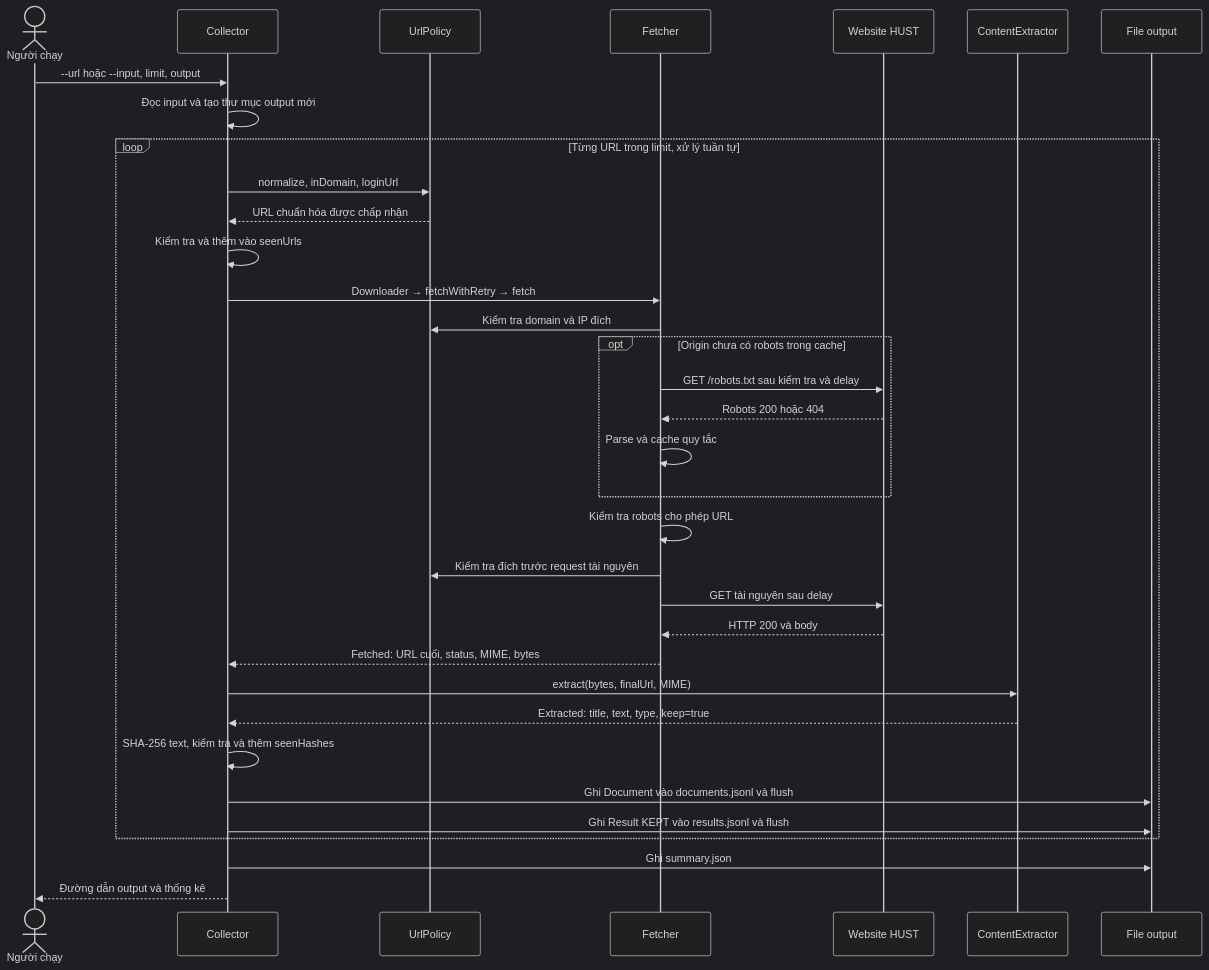
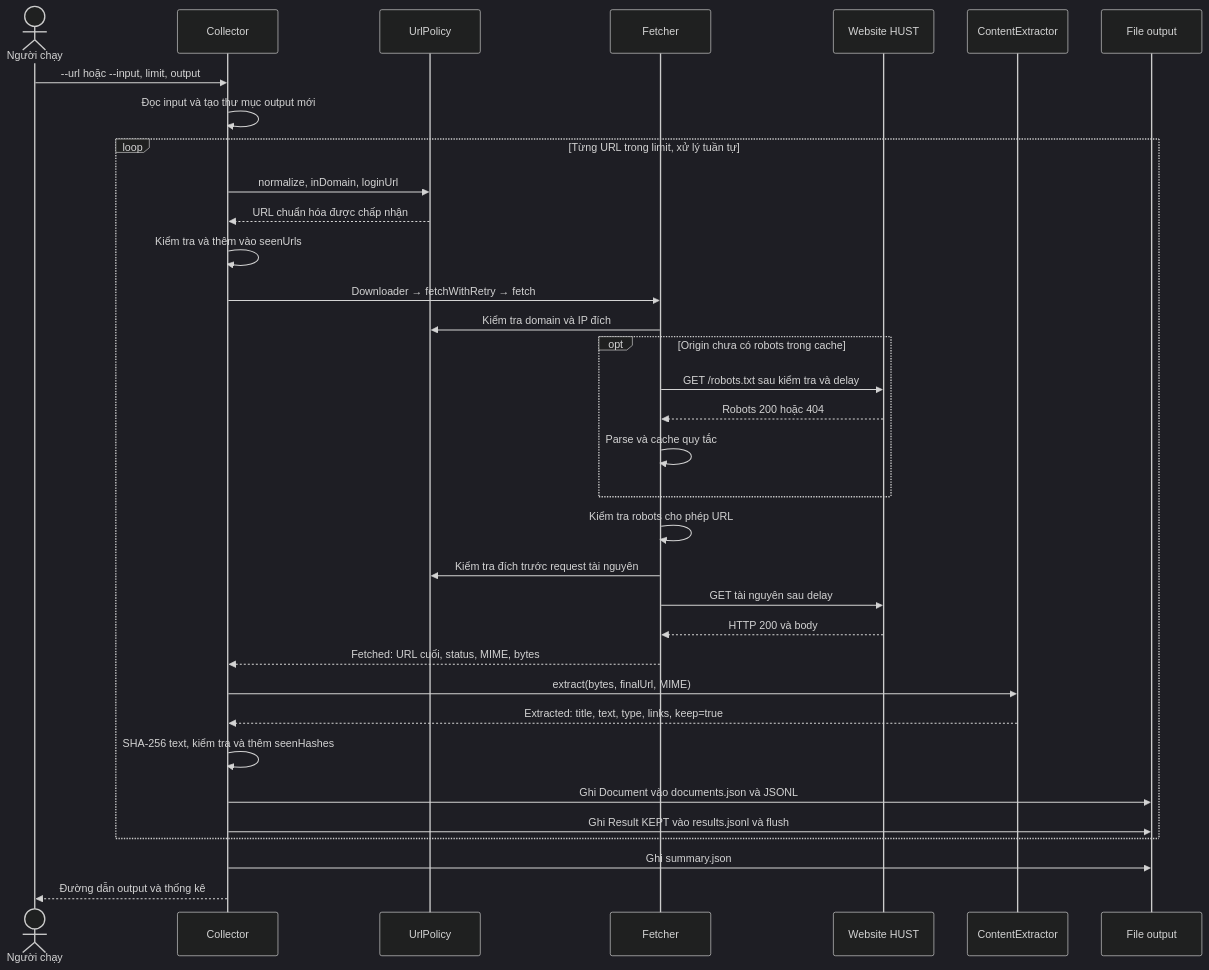
Before and after one commit to dungx48/it4863-content-collector: the third of 7 diagrams in docs/design-diagrams.md, drawn with Mermaid (dark theme). The commit also changed other lines of this file and 19 other files, not shown here.

````diff
--- a/docs/design-diagrams.md
+++ b/docs/design-diagrams.md
@@ -65,36 +75,36 @@
 ```mermaid
 sequenceDiagram
     actor U as Người chạy
     participant C as Collector
     participant P as UrlPolicy
     participant F as Fetcher
     participant W as Website HUST
     participant E as ContentExtractor
     participant O as File output
     U->>C: --url hoặc --input, limit, output
     C->>C: Đọc input và tạo thư mục output mới
     loop Từng URL trong limit, xử lý tuần tự
         C->>P: normalize, inDomain, loginUrl
         P-->>C: URL chuẩn hóa được chấp nhận
         C->>C: Kiểm tra và thêm vào seenUrls
         C->>F: Downloader → fetchWithRetry → fetch
         F->>P: Kiểm tra domain và IP đích
         opt Origin chưa có robots trong cache
             F->>W: GET /robots.txt sau kiểm tra và delay
             W-->>F: Robots 200 hoặc 404
             F->>F: Parse và cache quy tắc
         end
         F->>F: Kiểm tra robots cho phép URL
         F->>P: Kiểm tra đích trước request tài nguyên
         F->>W: GET tài nguyên sau delay
         W-->>F: HTTP 200 và body
         F-->>C: Fetched: URL cuối, status, MIME, bytes
         C->>E: extract(bytes, finalUrl, MIME)
-        E-->>C: Extracted: title, text, type, keep=true
+        E-->>C: Extracted: title, text, type, links, keep=true
         C->>C: SHA-256 text, kiểm tra và thêm seenHashes
-        C->>O: Ghi Document vào documents.jsonl và flush
+        C->>O: Ghi Document vào documents.json và JSONL
         C->>O: Ghi Result KEPT vào results.jsonl và flush
     end
     C->>O: Ghi summary.json
     C-->>U: Đường dẫn output và thống kê
 ```
````
